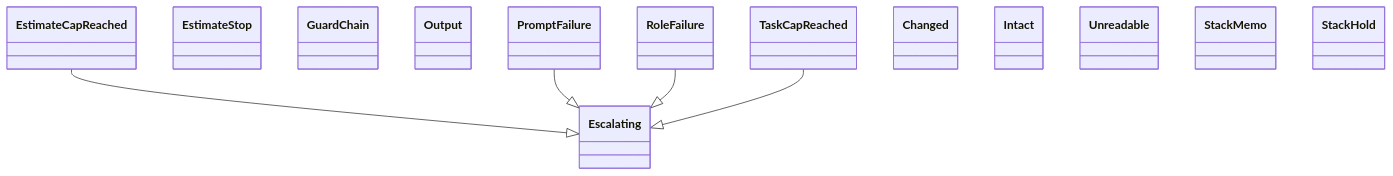
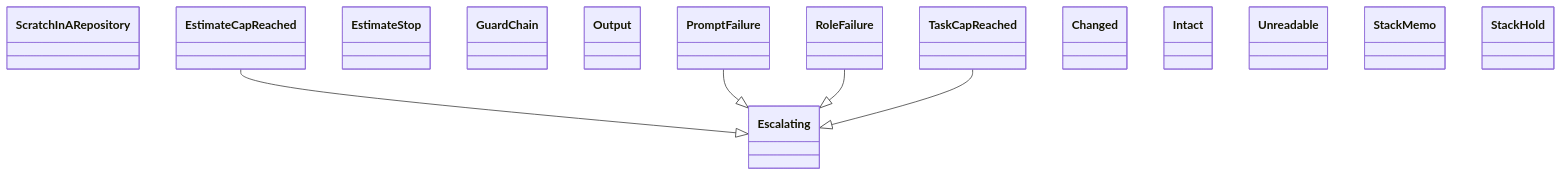
The diagram in docs/architecture/generated/classes-process-application-support-8.md (GonzaloZevallos/agentic-system), drawn with Mermaid before and after one commit. The commit also changed 20 other files, not shown here.

````diff
--- a/docs/architecture/generated/classes-process-application-support-8.md
+++ b/docs/architecture/generated/classes-process-application-support-8.md
@@ -20,20 +20,21 @@
 ```mermaid
 classDiagram
+    class preflight__ScratchInARepository["ScratchInARepository"]
     class run_role__Escalating["Escalating"]
     class run_role__EstimateCapReached["EstimateCapReached"]
     class run_role__EstimateStop["EstimateStop"]
     class run_role__GuardChain["GuardChain"]
     class run_role__Output["Output"]
     class run_role__PromptFailure["PromptFailure"]
     class run_role__RoleFailure["RoleFailure"]
     class run_role__TaskCapReached["TaskCapReached"]
     class spec_guard__Changed["Changed"]
     class spec_guard__Intact["Intact"]
     class spec_guard__Unreadable["Unreadable"]
     class stack_facts__StackMemo["StackMemo"]
     class stack_hold__StackHold["StackHold"]
     run_role__EstimateCapReached --|> run_role__Escalating
     run_role__PromptFailure --|> run_role__Escalating
     run_role__RoleFailure --|> run_role__Escalating
     run_role__TaskCapReached --|> run_role__Escalating
 ```
````
